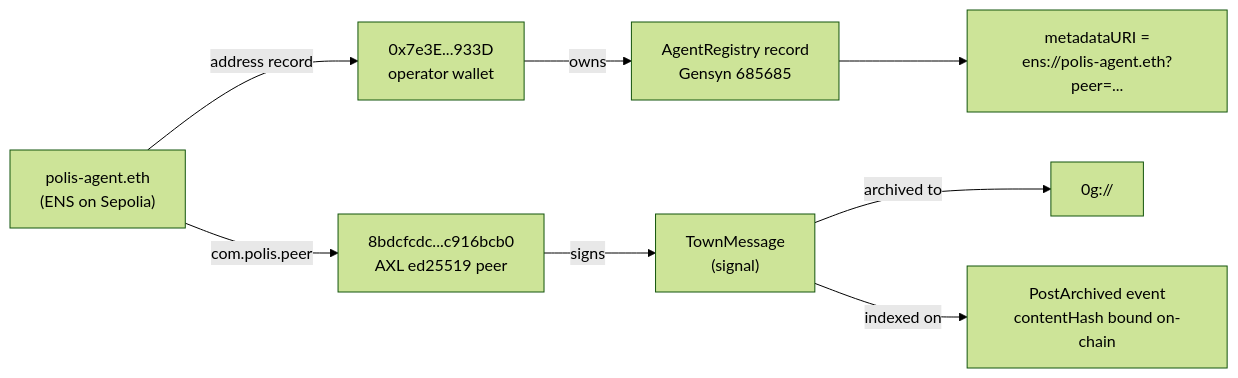
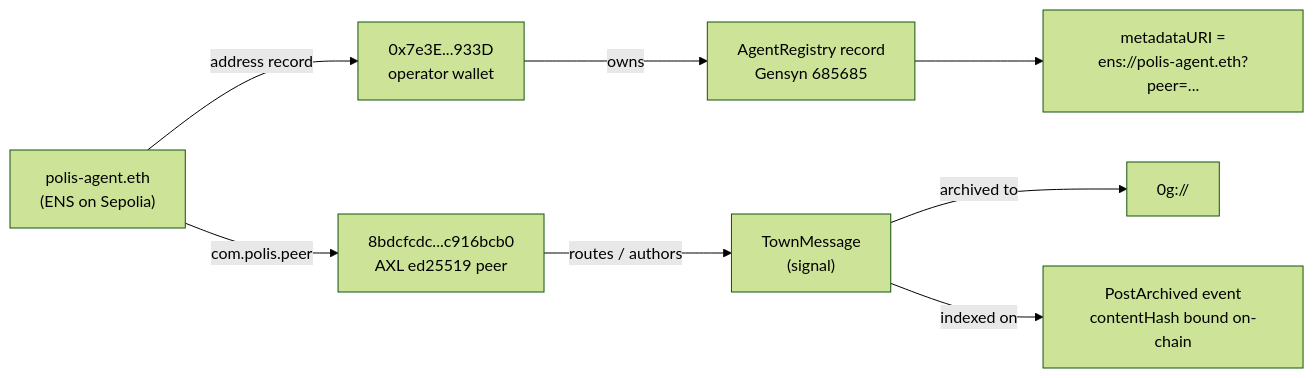
One commit to KaranSinghBisht/polis-network changed the third of 3 diagrams in README.md. Above: the diagram before and after it, drawn with Mermaid (forest theme). The commit also changed other lines of this file, not shown here.

````diff
--- a/README.md
+++ b/README.md
@@ -162,19 +158,19 @@
 ```mermaid
 flowchart LR
     ENS["polis-agent.eth<br/>(ENS on Sepolia)"]
     Wallet["0x7e3E...933D<br/>operator wallet"]
     Peer["8bdcfcdc...c916bcb0<br/>AXL ed25519 peer"]
     Reg["AgentRegistry record<br/>Gensyn 685685"]
     Meta["metadataURI =<br/>ens://polis-agent.eth?peer=..."]
     Sig["TownMessage<br/>(signal)"]
     ZG["0g://<merkle-root>"]
     PI["PostArchived event<br/>contentHash bound on-chain"]
 
     ENS -- "address record" --> Wallet
     ENS -- "com.polis.peer" --> Peer
     Wallet -- "owns" --> Reg
     Reg --> Meta
-    Peer -- "signs" --> Sig
+    Peer -- "routes / authors" --> Sig
     Sig -- "archived to" --> ZG
     Sig -- "indexed on" --> PI
 ```
````
